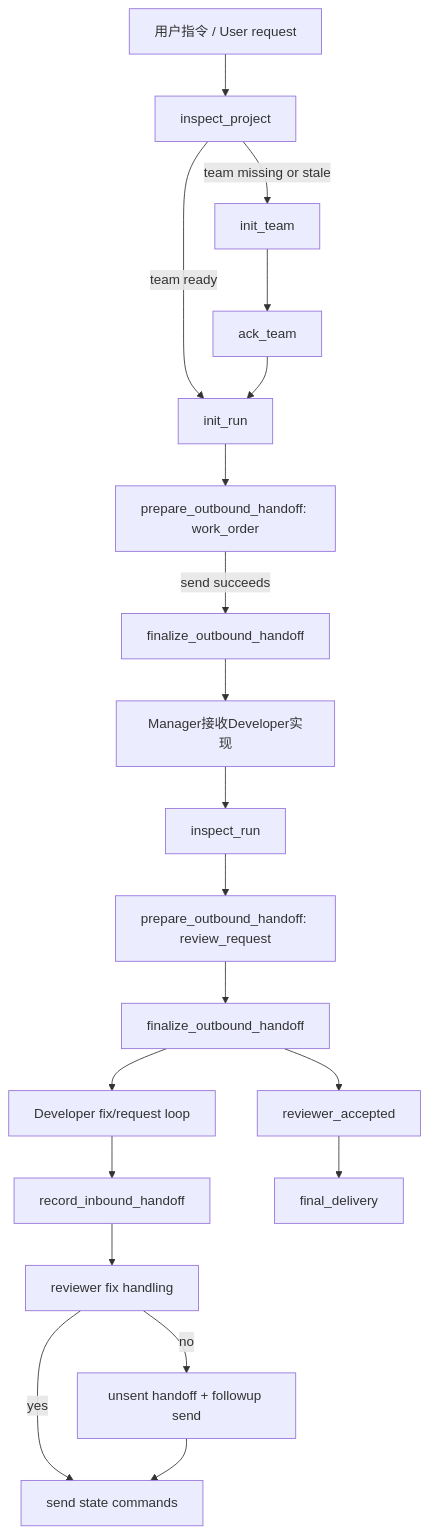
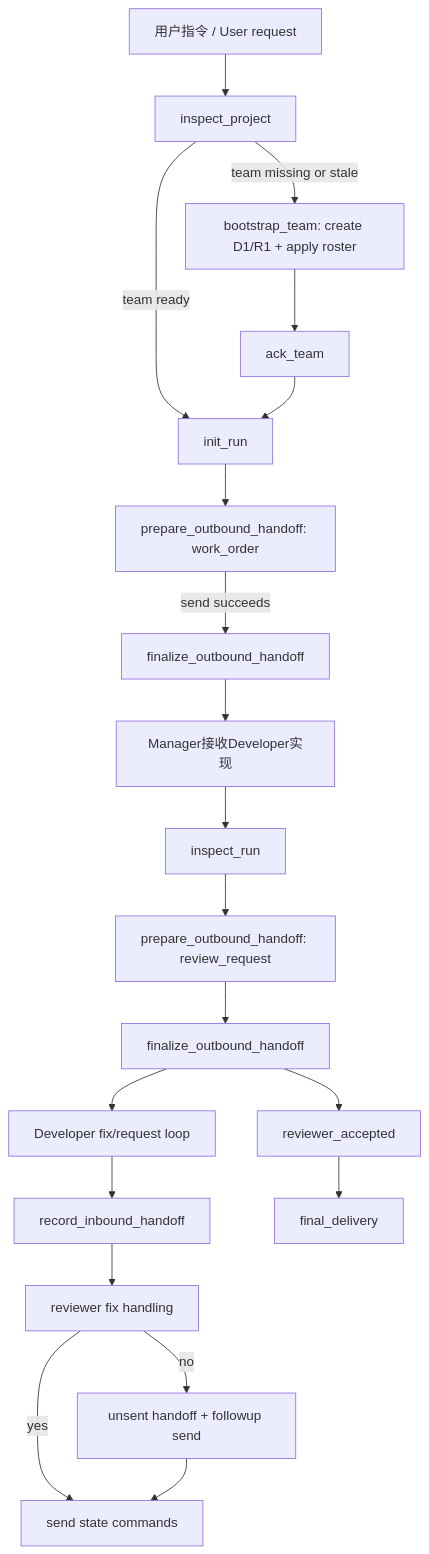
One commit to FengYing1314/start-cooperation-agent changed the diagram in references/protocol.md. Above: the diagram before and after it, drawn with Mermaid. The commit also changed other lines of this file and 6 other files, not shown here.

````diff
--- a/references/protocol.md
+++ b/references/protocol.md
@@ -43,22 +43,22 @@
 ```mermaid
 flowchart TD
     U[用户指令 / User request] --> I[inspect_project]
-    I -->|team missing or stale| IT[init_team]
+    I -->|team missing or stale| BT[bootstrap_team: create D1/R1 + apply roster]
     I -->|team ready| IR[init_run]
-    IT --> AT[ack_team]
+    BT --> AT[ack_team]
     AT --> IR
     IR --> PO[prepare_outbound_handoff: work_order]
     PO -->|send succeeds| FO[finalize_outbound_handoff]
     FO --> MR[Manager接收Developer实现]
     MR --> RV[inspect_run]
     RV --> PR[prepare_outbound_handoff: review_request]
     PR --> FR[finalize_outbound_handoff]
     FR --> DC[Developer fix/request loop]
     DC --> RI[record_inbound_handoff]
     RI --> RF[reviewer fix handling]
     RF -->|yes| ST[send state commands]
     RF -->|no| US[unsent handoff + followup send]
     US --> ST
     FR --> AC[reviewer_accepted]
     AC --> FG[final_delivery]
 ```
````
